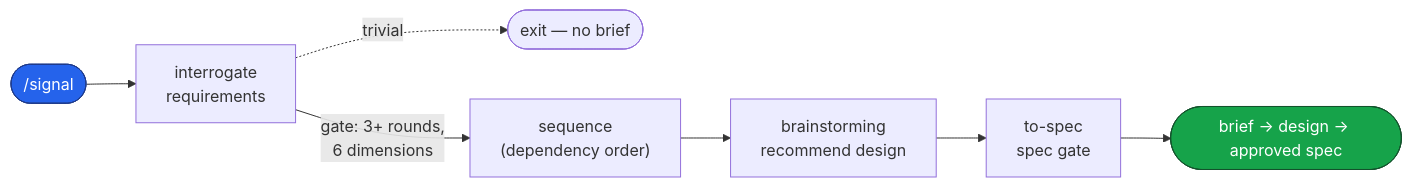
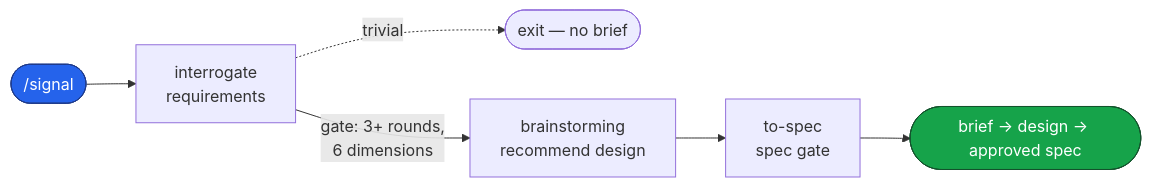
One commit to dashworthy/engineering changed the second of 5 diagrams in README.md. Above: the diagram before and after it, drawn with Mermaid. The commit also changed other lines of this file and 32 other files, not shown here.

````diff
--- a/README.md
+++ b/README.md
@@ -66,12 +65,11 @@
 ```mermaid
 flowchart LR
     classDef entry fill:#2563eb,stroke:#1e3a8a,color:#fff
     classDef done fill:#16a34a,stroke:#14532d,color:#fff
 
     S(["/signal"]):::entry --> S1["interrogate<br/>requirements"]
     S1 -. "trivial" .-> X(["exit — no brief"])
-    S1 -->|"gate: 3+ rounds,<br/>6 dimensions"| S2["sequence<br/>(dependency order)"]
-    S2 --> BR["brainstorming<br/>recommend design"]
+    S1 -->|"gate: 3+ rounds,<br/>6 dimensions"| BR["brainstorming<br/>recommend design"]
     BR --> SP["to-spec<br/>spec gate"]
     SP --> STOP(["brief → design → approved spec"]):::done
 ```
````
